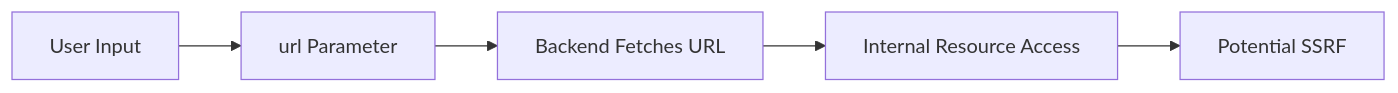
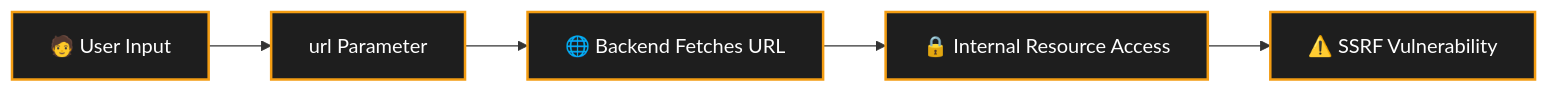
Before and after one commit to ashrithpeechara/infinity_learning: the third of 13 diagrams in Cloud_Security/Compute Engine Intrusion/solution.md, drawn with Mermaid. The commit also changed other lines of this file, not shown here.

````diff
--- a/Cloud_Security/Compute Engine Intrusion/solution.md
+++ b/Cloud_Security/Compute Engine Intrusion/solution.md
@@ -41,7 +62,12 @@
 ```mermaid
 flowchart LR
-    A[User Input] --> B[url Parameter]
-    B --> C[Backend Fetches URL]
-    C --> D[Internal Resource Access]
-    D --> E[Potential SSRF]
+    A["🧑 User Input"] --> B["url Parameter"]
+
+    B --> C["🌐 Backend Fetches URL"]
+
+    C --> D["🔒 Internal Resource Access"]
+
+    D --> E["⚠️ SSRF Vulnerability"]
+
+    classDef default fill:#1e1e1e,stroke:#f39c12,color:#ffffff,stroke-width:2px;
 ```
````
